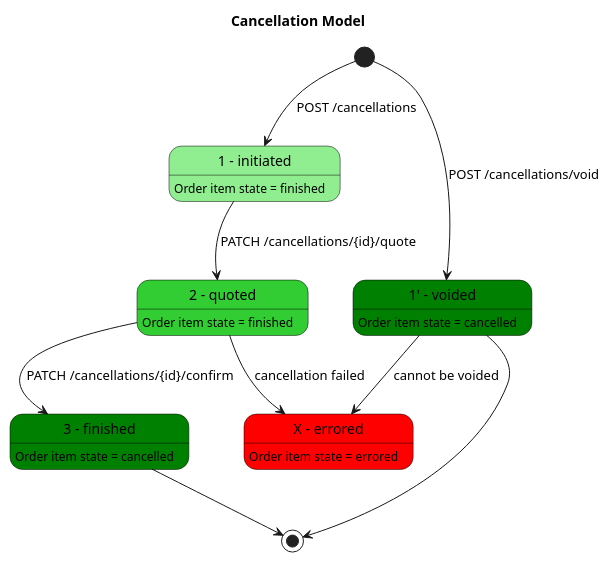
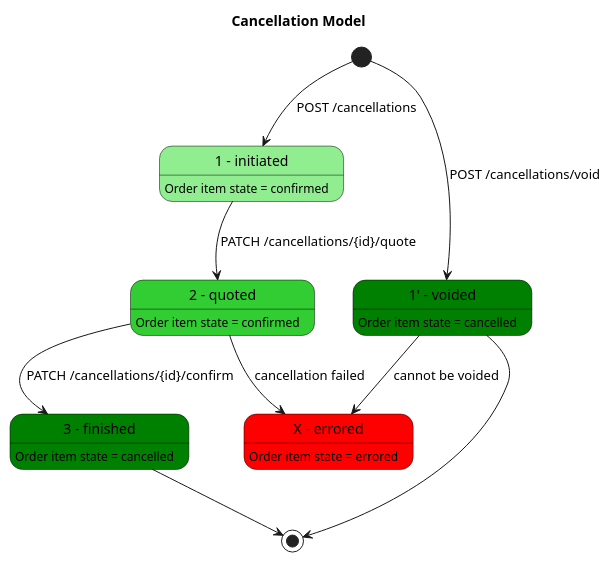
The diagram in plantUML/cancellation_state_diagram.puml (loco2/locohub-api-documentation), drawn with PlantUML before and after one commit.

Commit message:
Update order item final state

```diff
--- a/plantUML/cancellation_state_diagram.puml
+++ b/plantUML/cancellation_state_diagram.puml
@@ -1,39 +1,39 @@
 @startuml
 
 ' in order to change this diagram, please got to http://www.planttext.com
 skinparam state {
   StartColor Black
   EndColor Black
   BackgroundColor LightYellow
   BackgroundColor<<Initiated>> LightGreen
   BackgroundColor<<Quoted>> LimeGreen
   BackgroundColor<<Confirmed>> Green
   BackgroundColor<<Voided>> Green
   BackgroundColor<<Errored>> Red
   BorderColor Black
   FontName Impact
 }
 title Cancellation Model
 state "1 - initiated" as Initiated<<Initiated>>
-Initiated: Order item state = finished
+Initiated: Order item state = confirmed
 state "2 - quoted" as Quoted <<Quoted>>
-Quoted: Order item state = finished
+Quoted: Order item state = confirmed
 state "3 - finished" as Confirmed <<Confirmed>>
 Confirmed: Order item state = cancelled    
 state "X - errored" as Errored <<Errored>>
 Errored: Order item state = errored    
 state "1' - voided" as Voided <<Voided>>
 Voided: Order item state = cancelled
 
 ' non nominal case
 Quoted --> Errored : cancellation failed
 Voided --> Errored : cannot be voided
 
 [*] -down->Initiated: POST /cancellations
 Initiated -down-> Quoted : PATCH /cancellations/{id}/quote
 Quoted -down-> Confirmed : PATCH /cancellations/{id}/confirm
 Confirmed -down-> [*]
 [*] -down->Voided: POST /cancellations/void
 Voided -down-> [*]
 
 @enduml
```
